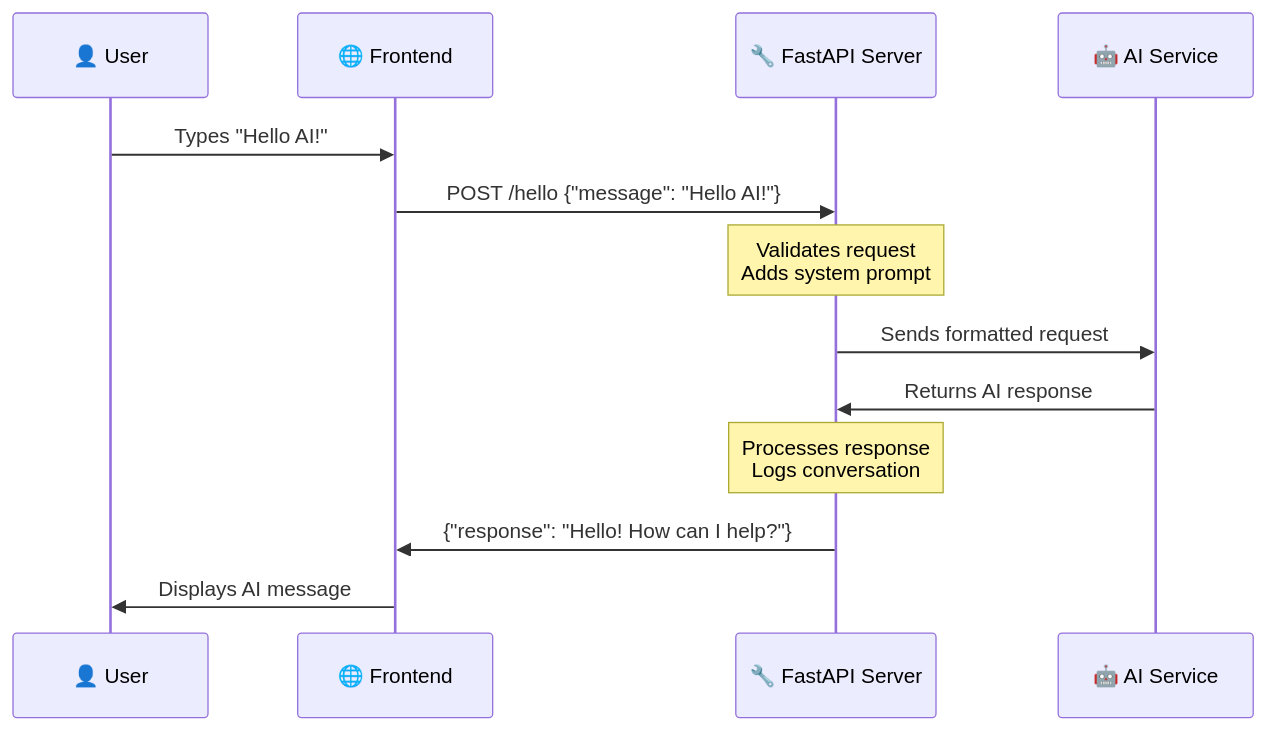
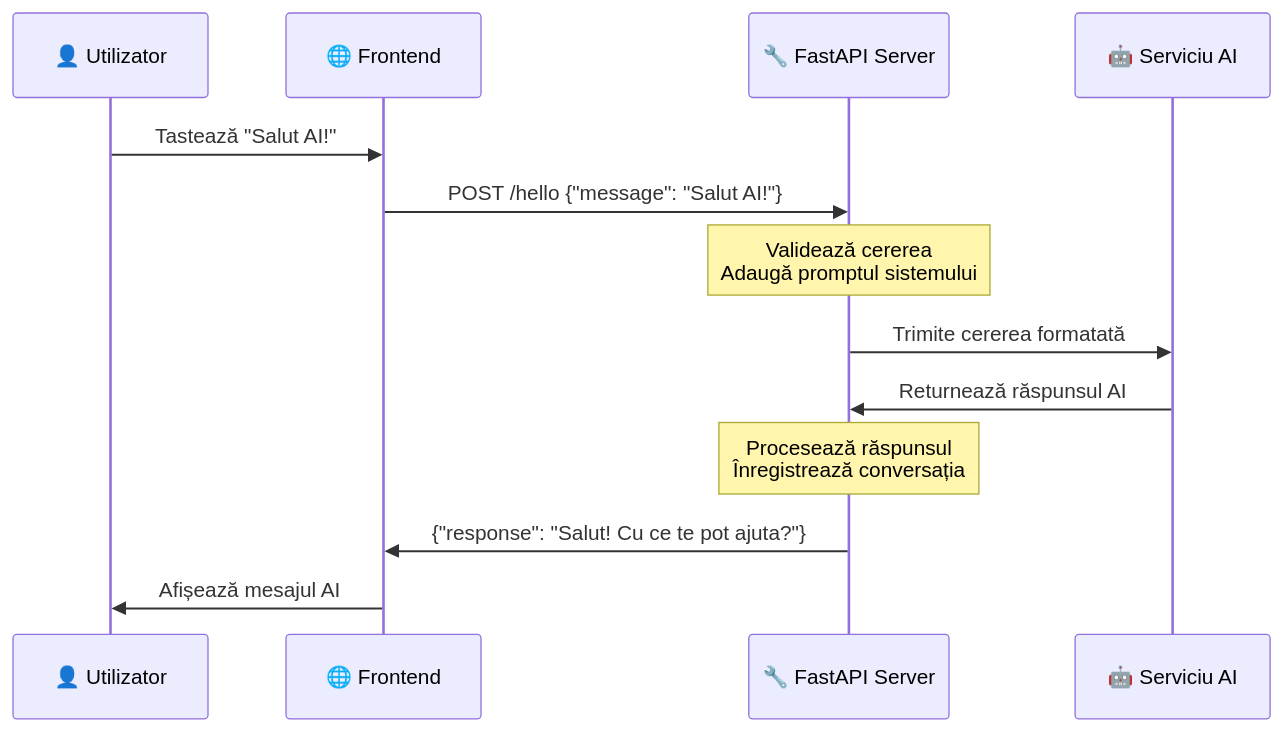
One commit to microsoft/Web-Dev-For-Beginners changed the seventh of 14 diagrams in translations/ro/9-chat-project/README.md. Above: the diagram before and after it, drawn with Mermaid. The commit also changed other lines of this file and 99 other files, not shown here.

````diff
--- a/translations/ro/9-chat-project/README.md
+++ b/translations/ro/9-chat-project/README.md
@@ -489,16 +635,16 @@
 ```mermaid
 sequenceDiagram
-    participant User as 👤 User
+    participant User as 👤 Utilizator
     participant Frontend as 🌐 Frontend
     participant API as 🔧 FastAPI Server
-    participant AI as 🤖 AI Service
+    participant AI as 🤖 Serviciu AI
     
-    User->>Frontend: Types "Hello AI!"
-    Frontend->>API: POST /hello {"message": "Hello AI!"}
-    Note over API: Validates request<br/>Adds system prompt
-    API->>AI: Sends formatted request
-    AI->>API: Returns AI response
-    Note over API: Processes response<br/>Logs conversation
-    API->>Frontend: {"response": "Hello! How can I help?"}
-    Frontend->>User: Displays AI message
-```
+    User->>Frontend: Tastează "Salut AI!"
+    Frontend->>API: POST /hello {"message": "Salut AI!"}
+    Note over API: Validează cererea<br/>Adaugă promptul sistemului
+    API->>AI: Trimite cererea formatată
+    AI->>API: Returnează răspunsul AI
+    Note over API: Procesează răspunsul<br/>Înregistrează conversația
+    API->>Frontend: {"response": "Salut! Cu ce te pot ajuta?"}
+    Frontend->>User: Afișează mesajul AI
+```  
````
